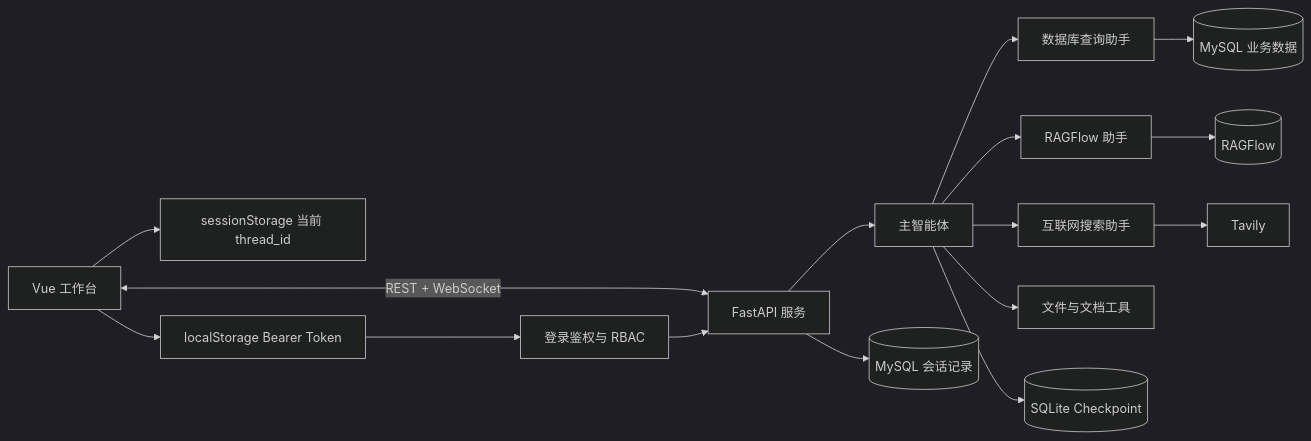
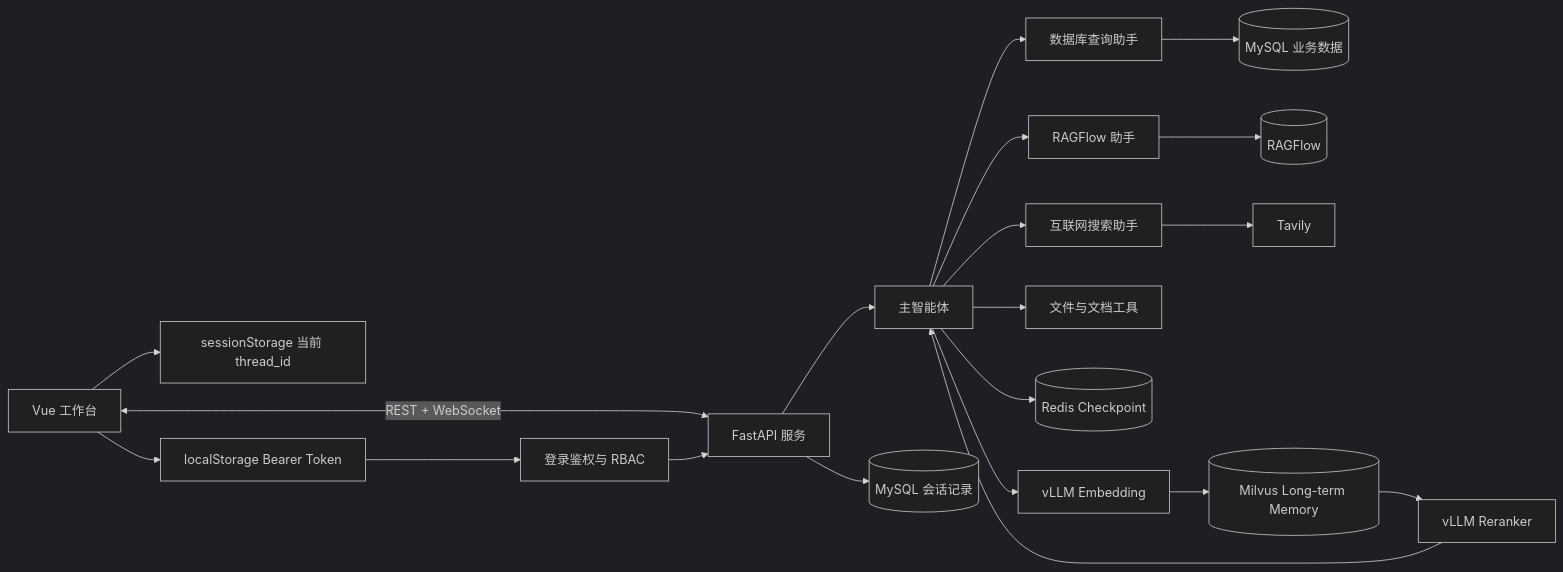
Before and after one commit to XiaoFeiCode/DeepResearchAgent: the diagram in README.md, drawn with Mermaid (dark theme). The commit also changed other lines of this file and 23 other files, not shown here.

````diff
--- a/README.md
+++ b/README.md
@@ -88,18 +93,22 @@
 ```mermaid
 flowchart LR
     UI[Vue 工作台] <-->|REST + WebSocket| API[FastAPI 服务]
     UI --> SESSION[sessionStorage 当前 thread_id]
     UI --> TOKEN[localStorage Bearer Token]
     TOKEN --> AUTH[登录鉴权与 RBAC]
     AUTH --> API
     API --> MAIN[主智能体]
     API --> HISTORY[(MySQL 会话记录)]
     MAIN --> DB[数据库查询助手]
     MAIN --> RAG[RAGFlow 助手]
     MAIN --> WEB[互联网搜索助手]
     MAIN --> DOC[文件与文档工具]
     DB --> MYSQL[(MySQL 业务数据)]
     RAG --> RF[(RAGFlow)]
     WEB --> TAVILY[Tavily]
-    MAIN --> MEMORY[(SQLite Checkpoint)]
+    MAIN --> SHORT[(Redis Checkpoint)]
+    MAIN --> EMBED[vLLM Embedding]
+    EMBED --> LONG[(Milvus Long-term Memory)]
+    LONG --> RERANK[vLLM Reranker]
+    RERANK --> MAIN
 ```
````
